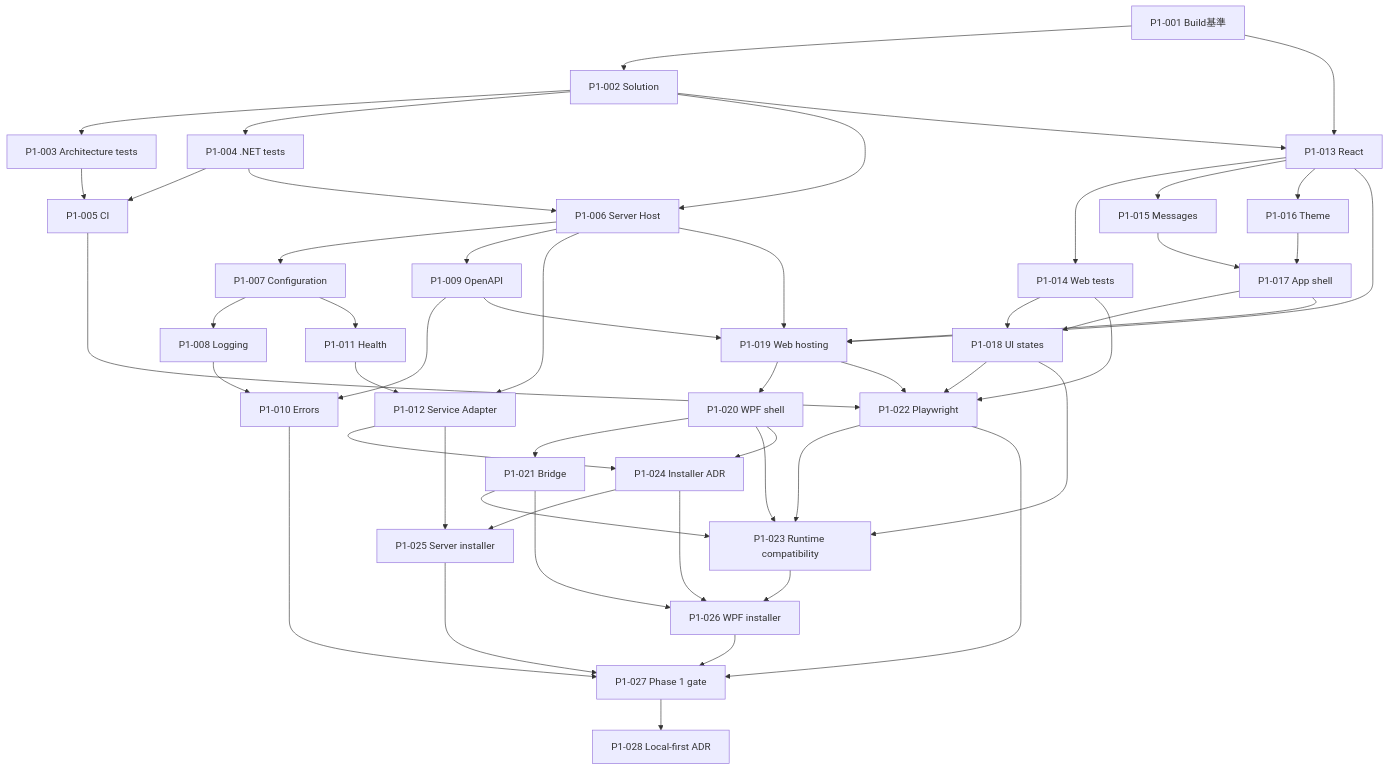
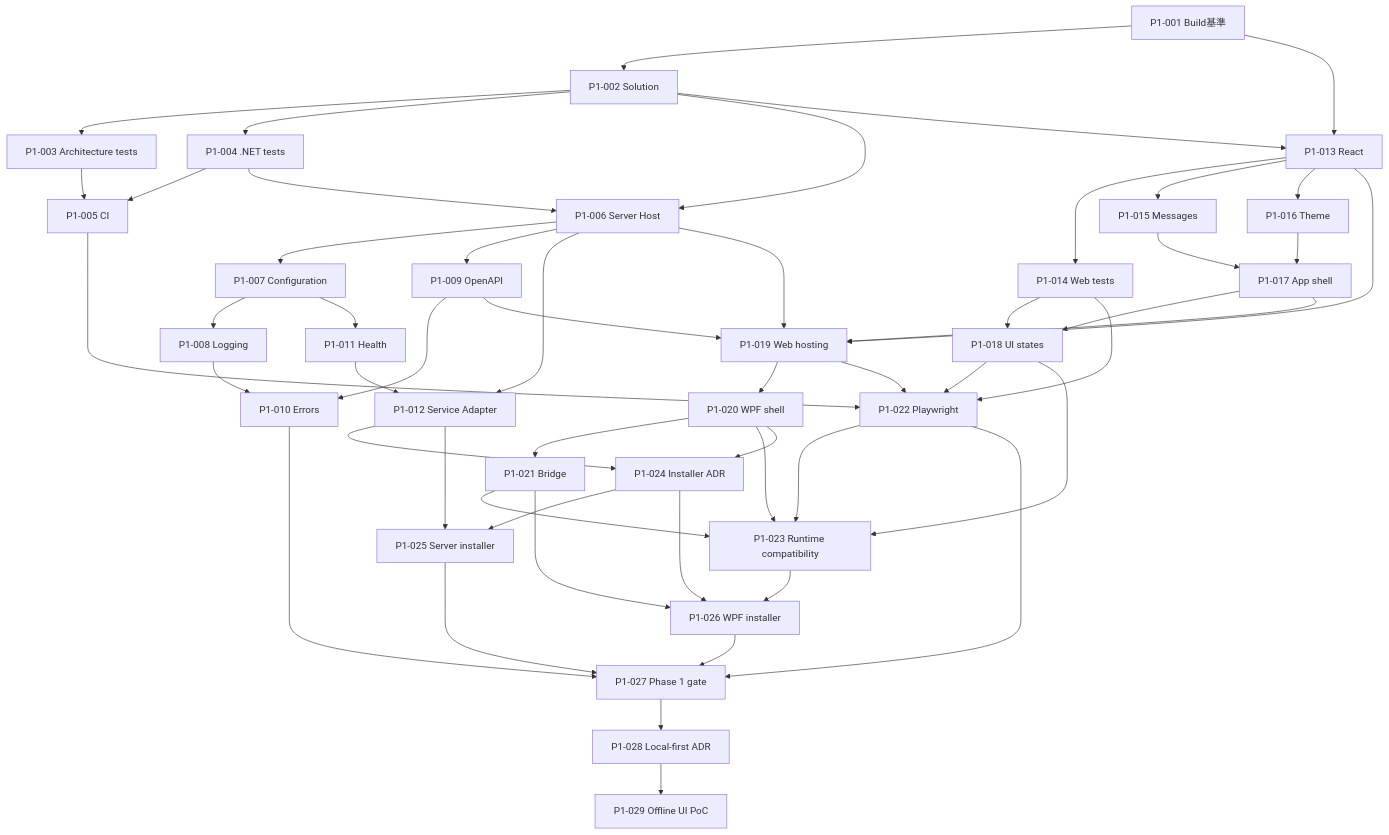
The diagram in tickets/phase1/00_PHASE_1_TICKET_INDEX.md (qtaro-dev/AI-Development-Manager), drawn with Mermaid before and after one commit. The commit also changed other lines of this file and 11 other files, not shown here.

````diff
--- a/tickets/phase1/00_PHASE_1_TICKET_INDEX.md
+++ b/tickets/phase1/00_PHASE_1_TICKET_INDEX.md
@@ -51,53 +52,54 @@
 ```mermaid
 flowchart TD
     A["P1-001 Build基準"] --> B["P1-002 Solution"]
     B --> C["P1-003 Architecture tests"]
     B --> D["P1-004 .NET tests"]
     C --> E["P1-005 CI"]
     D --> E
     B --> F["P1-006 Server Host"]
     D --> F
     F --> G["P1-007 Configuration"]
     F --> H["P1-009 OpenAPI"]
     G --> I["P1-008 Logging"]
     I --> J["P1-010 Errors"]
     H --> J
     G --> K["P1-011 Health"]
     F --> L["P1-012 Service Adapter"]
     K --> L
     A --> M["P1-013 React"]
     B --> M
     M --> N["P1-014 Web tests"]
     M --> O["P1-015 Messages"]
     M --> P["P1-016 Theme"]
     O --> Q["P1-017 App shell"]
     P --> Q
     N --> R["P1-018 UI states"]
     Q --> R
     F --> S["P1-019 Web hosting"]
     H --> S
     M --> S
     Q --> S
     S --> T["P1-020 WPF shell"]
     T --> U["P1-021 Bridge"]
     E --> V["P1-022 Playwright"]
     N --> V
     R --> V
     S --> V
     R --> W["P1-023 Runtime compatibility"]
     T --> W
     U --> W
     V --> W
     L --> X["P1-024 Installer ADR"]
     T --> X
     X --> Y["P1-025 Server installer"]
     L --> Y
     X --> Z["P1-026 WPF installer"]
     U --> Z
     W --> Z
     Y --> AA["P1-027 Phase 1 gate"]
     Z --> AA
     J --> AA
     V --> AA
     AA --> AB["P1-028 Local-first ADR"]
+    AB --> AC["P1-029 Offline UI PoC"]
 ```
````
